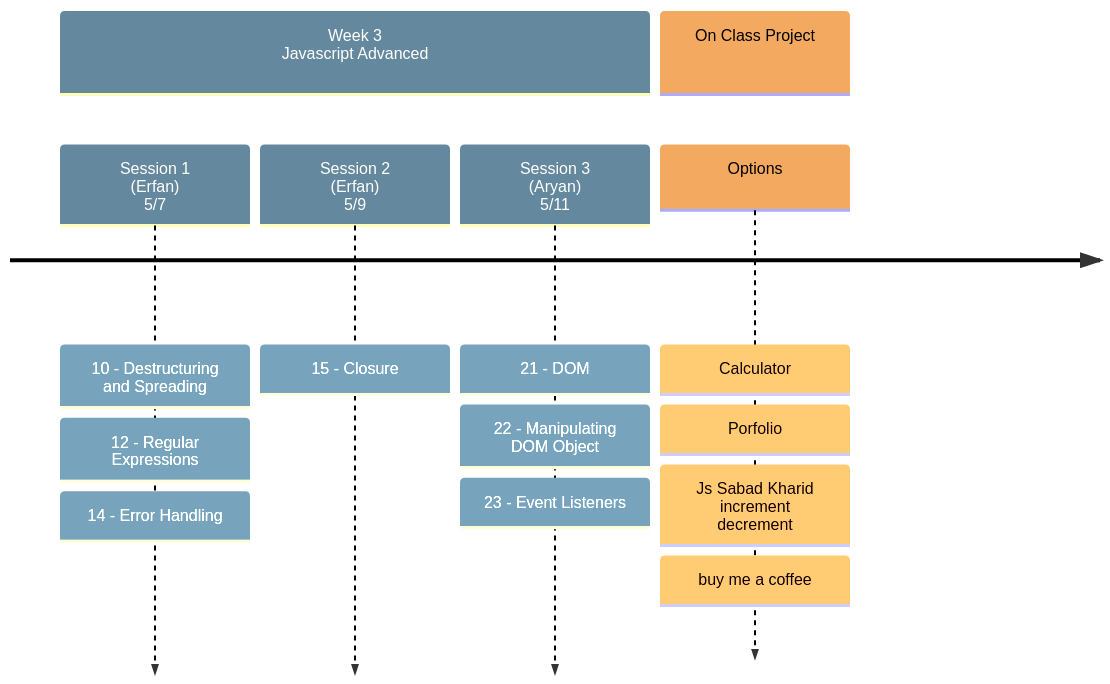
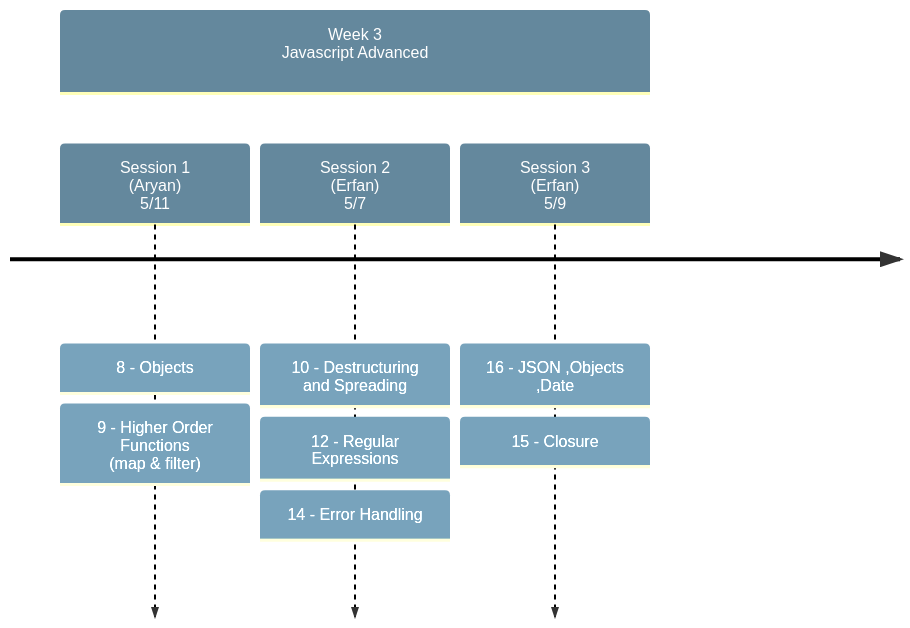
One commit to aryansabet/FrontendBootcamp changed the third of 7 diagrams in README.md. Above: the diagram before and after it, drawn with Mermaid. The commit also changed other lines of this file, not shown here.

Commit message:
update on week2

````diff
--- a/README.md
+++ b/README.md
@@ -75,34 +79,31 @@
 ```mermaid
 %%{init: { 'logLevel': 'debug', 'theme': 'default' , 'themeVariables': {
               'cScale0': '#64889D',
               'cScale1': '#F3AA60',
-              'cScale2': '#42657E',
+              'cScale2': '#F3AA60',
               'cScale3': '#1C3754',
               'cScale4': '#42657E',
               'cScale5': '#557C93',
               'cScale6': '#1C3754',
               'cScale7': '#64889D'
        }  } }%%
 timeline
 section Week 3 <br> Javascript Advanced 
-        Session 1 <br> (Erfan) <br> 5/7
+        Session 1 <br> (Aryan) <br> 5/11
+            : 8 - Objects
+
+            : 9 - Higher Order Functions <br> (map & filter)
+        Session 2 <br> (Erfan) <br> 5/7
 
             : 10 - Destructuring and Spreading
             : 12 - Regular Expressions
             : 14 - Error Handling
-        Session 2 <br> (Erfan) <br> 5/9
+        Session 3 <br> (Erfan) <br> 5/9
+            : 16 - JSON ,Objects ,Date
             : 15 - Closure
-        Session 3 <br> (Aryan) <br> 5/11
-            : 21 - DOM
-            : 22 - Manipulating DOM Object
-            : 23 - Event Listeners
 
-section On Class Project
-        Options
-            : Calculator
-            : Porfolio
-            : Js Sabad Kharid increment decrement
-            : buy me a coffee
+
+
 
 
 ```
````
